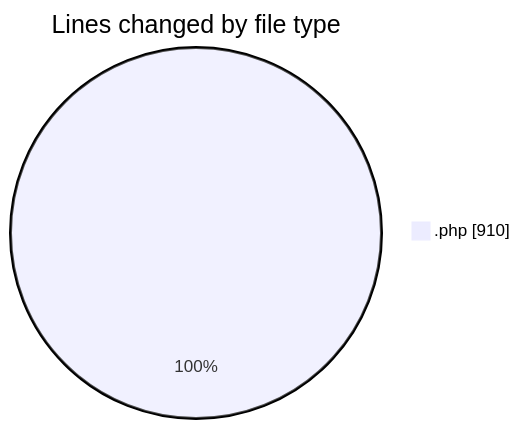
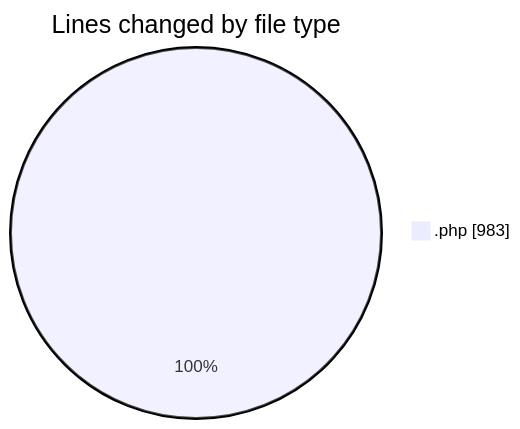
Before and after one commit to debugP/code-tracking: the first of 2 diagrams in 2026-09-16/untitled__workspace_/README.md, drawn with Mermaid. The commit also changed other lines of this file and 1 other file, not shown here.

````diff
--- a/2026-09-16/untitled__workspace_/README.md
+++ b/2026-09-16/untitled__workspace_/README.md
@@ -21,5 +22,5 @@
 ```mermaid
 pie showData
 title Lines changed by file type
-".php" : 910
+".php" : 983
 ```
````
